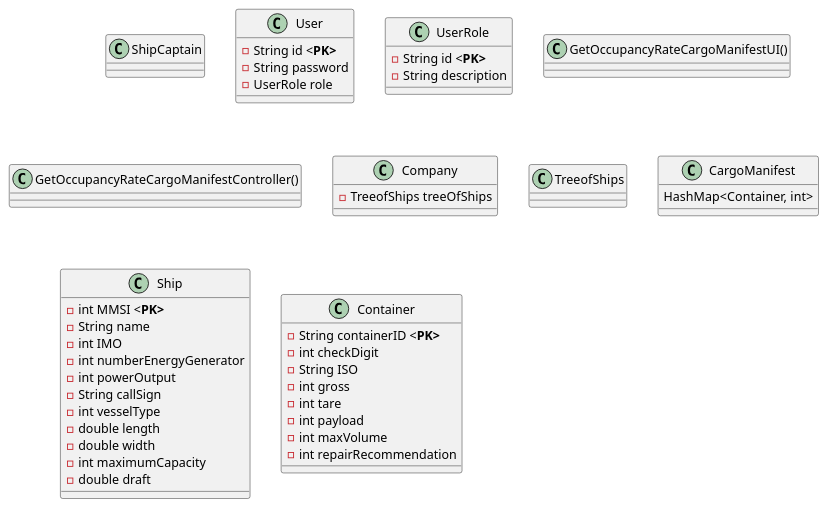
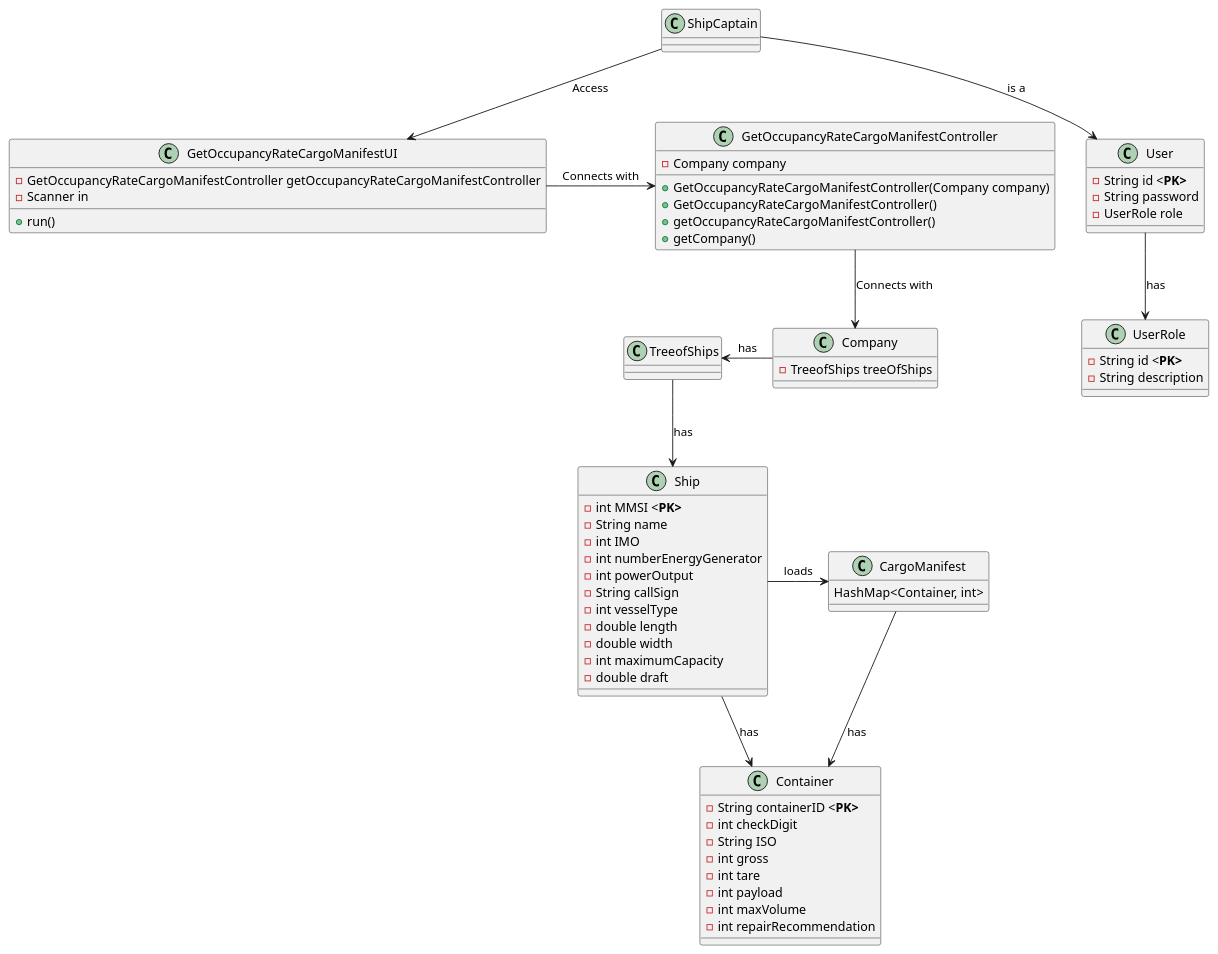
Before and after one commit to LourencoMelo/ISEP-LAPR3-ESINF: the diagram in Docs/Sprint2/US208/cd.puml, drawn with PlantUML. The commit also changed 3 other files, not shown here.

```diff
--- a/Docs/Sprint2/US208/cd.puml
+++ b/Docs/Sprint2/US208/cd.puml
@@ -1,66 +1,84 @@
 @startuml
 
 class ShipCaptain{
 
 }
 
 class User{
     -String id <<b>PK>
     -String password
     -UserRole role
 }
 
 class UserRole{
     -String id <<b>PK>
     -String description
 }
 
-class GetOccupancyRateCargoManifestUI(){
-
+class GetOccupancyRateCargoManifestUI{
+    -GetOccupancyRateCargoManifestController getOccupancyRateCargoManifestController
+    -Scanner in
+    +run()
 }
 
-class GetOccupancyRateCargoManifestController(){
+class GetOccupancyRateCargoManifestController{
+    -Company company
+    +GetOccupancyRateCargoManifestController(Company company)
+    +GetOccupancyRateCargoManifestController()
+    +getOccupancyRateCargoManifestController()
+    +getCompany()
 
 }
 
 class Company {
     -TreeofShips treeOfShips
 }
 
 class TreeofShips{
 
 }
 
 class CargoManifest{
     HashMap<Container, int>
 }
 
 class Ship {
 
     -int MMSI <<b>PK>
     -String name
     -int IMO
     -int numberEnergyGenerator
     -int powerOutput
     -String callSign
     -int vesselType
     -double length
     -double width
     -int maximumCapacity
     -double draft
 }
 
 class Container {
 
     -String containerID <<b>PK>
     -int checkDigit
     -String ISO
     -int gross
     -int tare
     -int payload
     -int maxVolume
     -int repairRecommendation
 
 }
 
+ShipCaptain --> GetOccupancyRateCargoManifestUI : Access
+GetOccupancyRateCargoManifestUI -right-> GetOccupancyRateCargoManifestController : Connects with
+GetOccupancyRateCargoManifestController --> Company : Connects with
+Company -left-> TreeofShips : has
+TreeofShips --> Ship : has
+CargoManifest --> Container : has
+Ship -right-> CargoManifest : loads
+Ship --> Container : has
+ShipCaptain --> User : is a
+User --> UserRole : has
+
 @enduml
```
